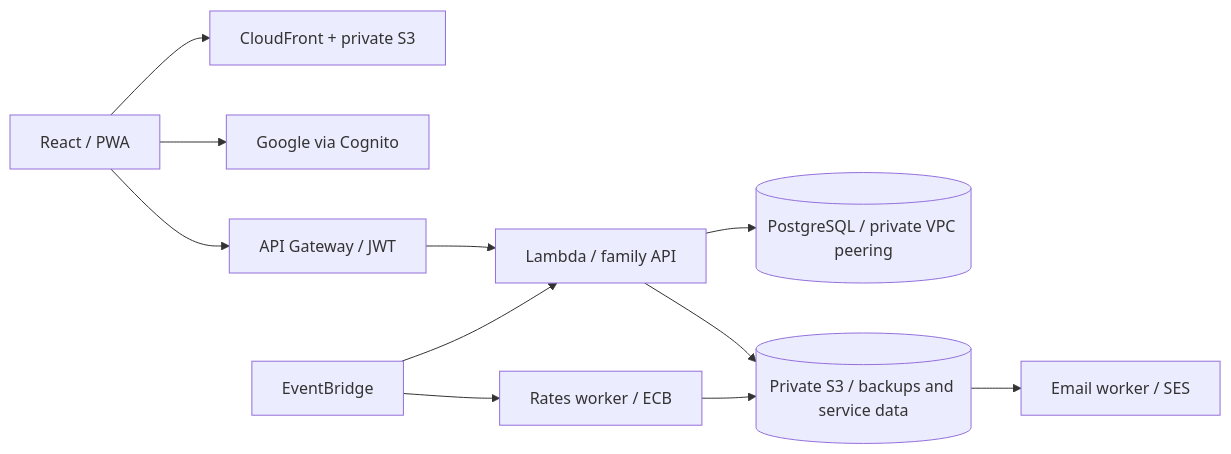
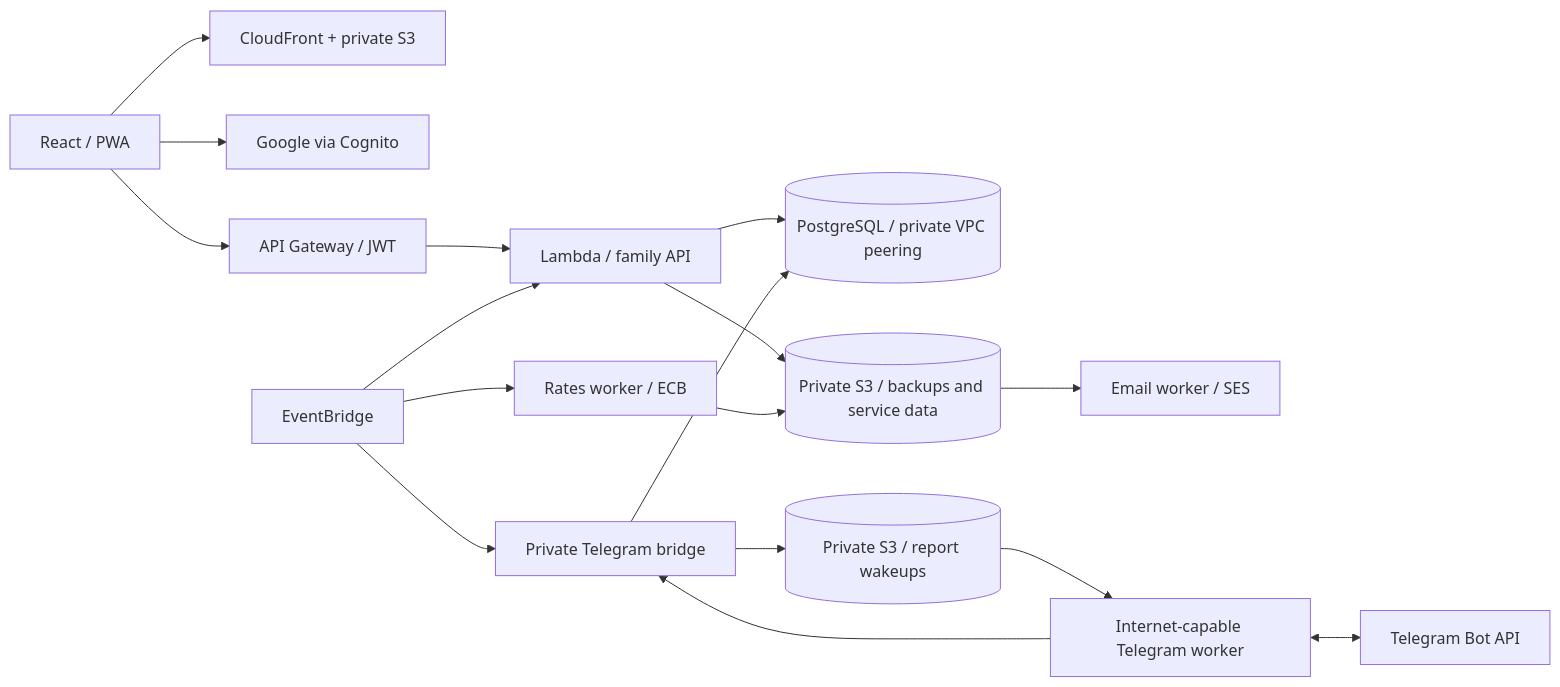
Before and after one commit to saintvy/domovoy: the diagram in README.md, drawn with Mermaid.

Commit message:
docs: update Telegram architecture in README

````diff
--- a/README.md
+++ b/README.md
@@ -46,13 +46,19 @@
 ```mermaid
 flowchart LR
   Browser[React / PWA] --> CDN[CloudFront + private S3]
   Browser --> Auth[Google via Cognito]
   Browser --> Gateway[API Gateway / JWT]
   Gateway --> API[Lambda / family API]
   API --> DB[(PostgreSQL / private VPC peering)]
   API --> Storage[(Private S3 / backups and service data)]
   Storage --> Mail[Email worker / SES]
   Rates[Rates worker / ECB] --> Storage
   Schedule[EventBridge] --> API
   Schedule --> Rates
+  Schedule --> TelegramBridge[Private Telegram bridge]
+  TelegramBridge --> DB
+  TelegramBridge --> Wakeups[(Private S3 / report wakeups)]
+  Wakeups --> TelegramWorker[Internet-capable Telegram worker]
+  TelegramWorker <--> Telegram[Telegram Bot API]
+  TelegramWorker --> TelegramBridge
 ```
````
